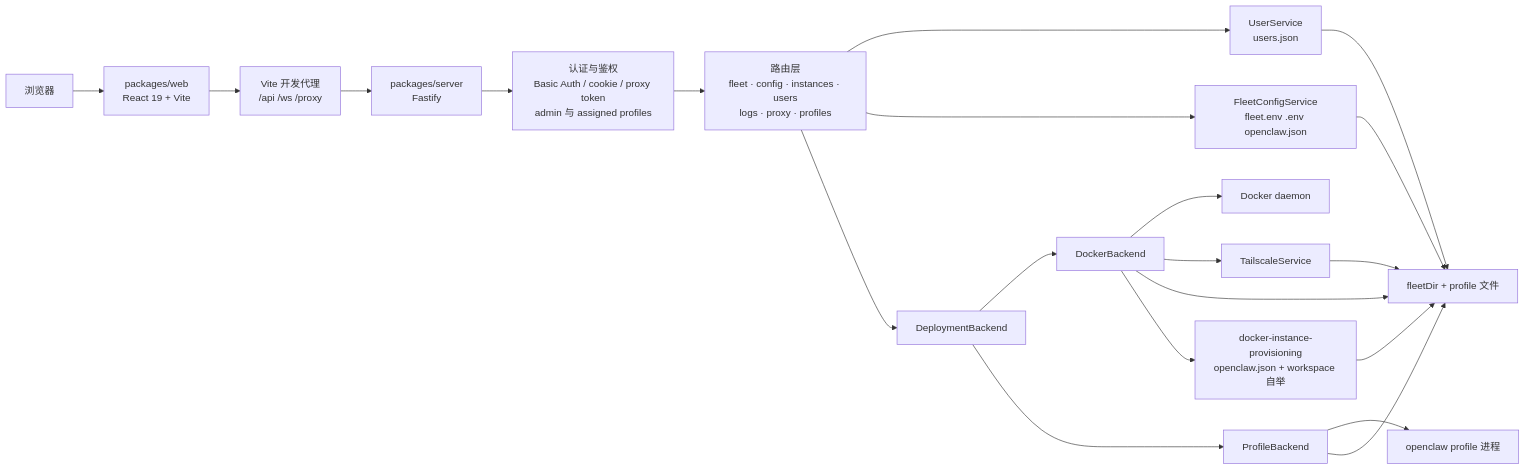
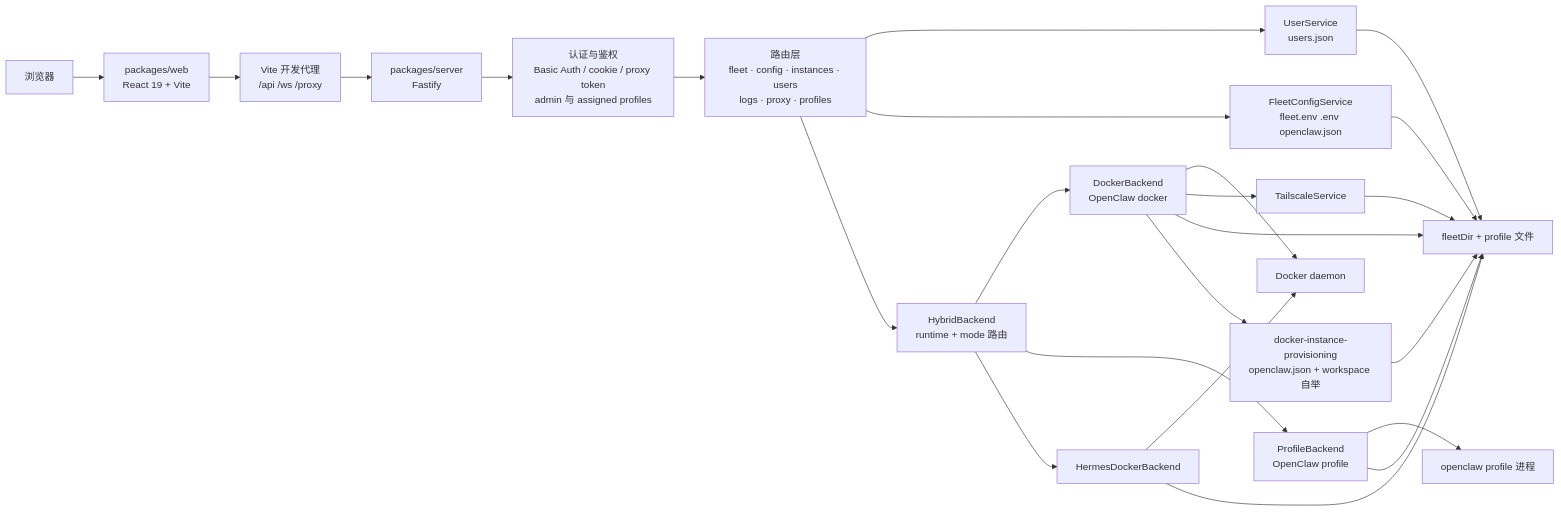
The diagram in docs/arch/README_CN.md (qiyuangong/claw-fleet-manager), drawn with Mermaid before and after one commit. The commit also changed other lines of this file and 54 other files, not shown here.

First line of the commit message:
[feat] Add Hermes Docker runtime support (#61)

````diff
--- a/docs/arch/README_CN.md
+++ b/docs/arch/README_CN.md
@@ -21,40 +27,44 @@
 ```mermaid
 flowchart LR
     Browser["浏览器"]
     Web["packages/web<br/>React 19 + Vite"]
     Vite["Vite 开发代理<br/>/api /ws /proxy"]
     Server["packages/server<br/>Fastify"]
     Auth["认证与鉴权<br/>Basic Auth / cookie / proxy token<br/>admin 与 assigned profiles"]
     Routes["路由层<br/>fleet · config · instances · users<br/>logs · proxy · profiles"]
-    Backend["DeploymentBackend"]
-    DockerBackend["DockerBackend"]
-    ProfileBackend["ProfileBackend"]
+    Backend["HybridBackend<br/>runtime + mode 路由"]
+    OCDocker["DockerBackend<br/>OpenClaw docker"]
+    OCProfile["ProfileBackend<br/>OpenClaw profile"]
+    HermesDocker["HermesDockerBackend"]
     UserSvc["UserService<br/>users.json"]
     FleetCfg["FleetConfigService<br/>fleet.env .env openclaw.json"]
     Provision["docker-instance-provisioning<br/>openclaw.json + workspace 自举"]
     Tail["TailscaleService"]
     Docker["Docker daemon"]
     OpenClaw["openclaw profile 进程"]
     Files["fleetDir + profile 文件"]
 
     Browser --> Web
     Web --> Vite
     Vite --> Server
     Server --> Auth
     Auth --> Routes
     Routes --> UserSvc
     Routes --> FleetCfg
     Routes --> Backend
-    Backend --> DockerBackend
-    Backend --> ProfileBackend
-    DockerBackend --> Docker
-    DockerBackend --> Tail
-    DockerBackend --> Files
-    DockerBackend --> Provision
+    Backend --> OCDocker
+    Backend --> OCProfile
+    Backend --> HermesDocker
+    OCDocker --> Docker
+    OCDocker --> Tail
+    OCDocker --> Files
+    OCDocker --> Provision
     Provision --> Files
-    ProfileBackend --> OpenClaw
-    ProfileBackend --> Files
+    OCProfile --> OpenClaw
+    OCProfile --> Files
+    HermesDocker --> Docker
+    HermesDocker --> Files
     UserSvc --> Files
     FleetCfg --> Files
     Tail --> Files
 ```
````
